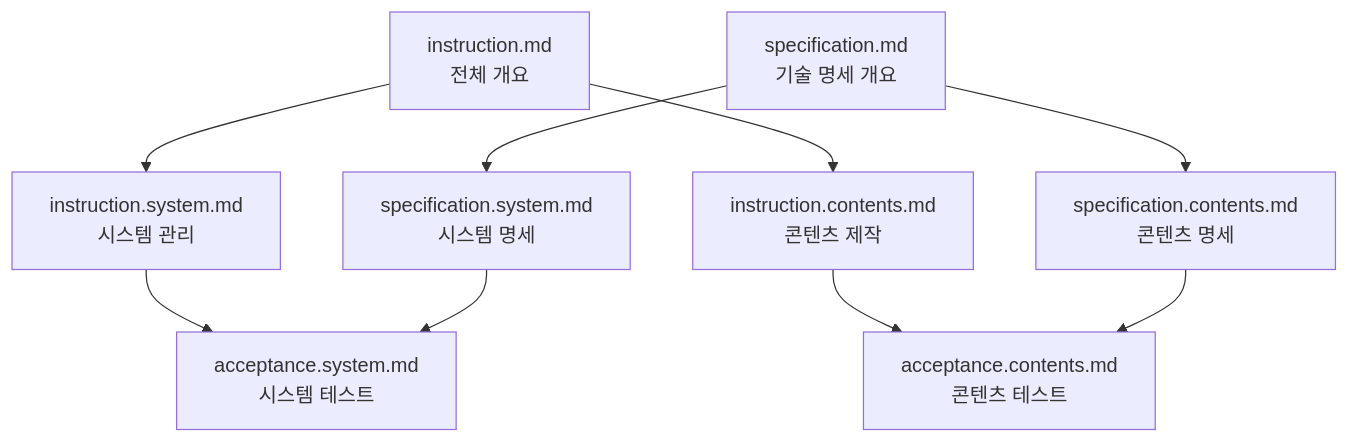
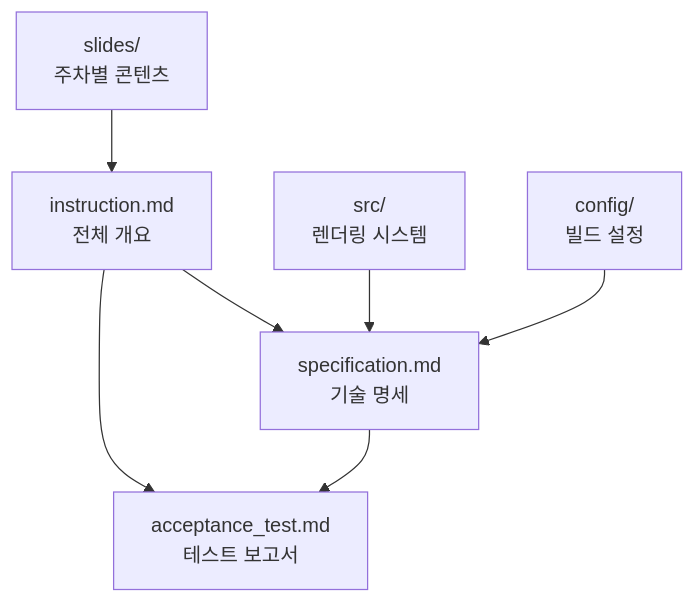
The diagram in .claude/instruction.md (cbchoi/lecture-hmi), drawn with Mermaid before and after one commit. The commit also changed other lines of this file and 7 other files, not shown here.

````diff
--- a/.claude/instruction.md
+++ b/.claude/instruction.md
@@ -135,14 +170,11 @@
 ```mermaid
 graph TB
-    A[instruction.md<br/>전체 개요] --> B[instruction.system.md<br/>시스템 관리]
-    A --> C[instruction.contents.md<br/>콘텐츠 제작]
+    A[instruction.md<br/>전체 개요] --> B[specification.md<br/>기술 명세]
+    A --> C[acceptance_test.md<br/>테스트 보고서]
 
-    D[specification.md<br/>기술 명세 개요] --> E[specification.system.md<br/>시스템 명세]
-    D --> F[specification.contents.md<br/>콘텐츠 명세]
+    B --> C
 
-    B --> G[acceptance.system.md<br/>시스템 테스트]
-    C --> H[acceptance.contents.md<br/>콘텐츠 테스트]
-
-    E --> G
-    F --> H
+    D[slides/<br/>주차별 콘텐츠] --> A
+    E[src/<br/>렌더링 시스템] --> B
+    F[config/<br/>빌드 설정] --> B
 ```
````
